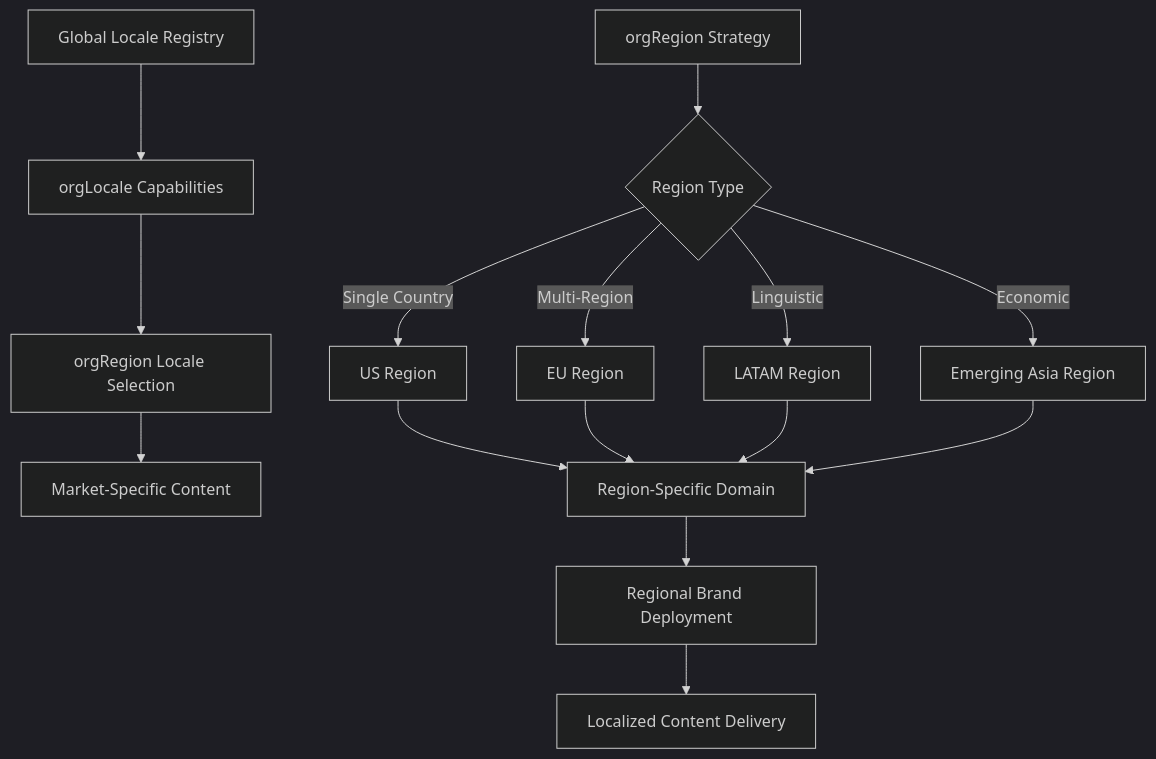
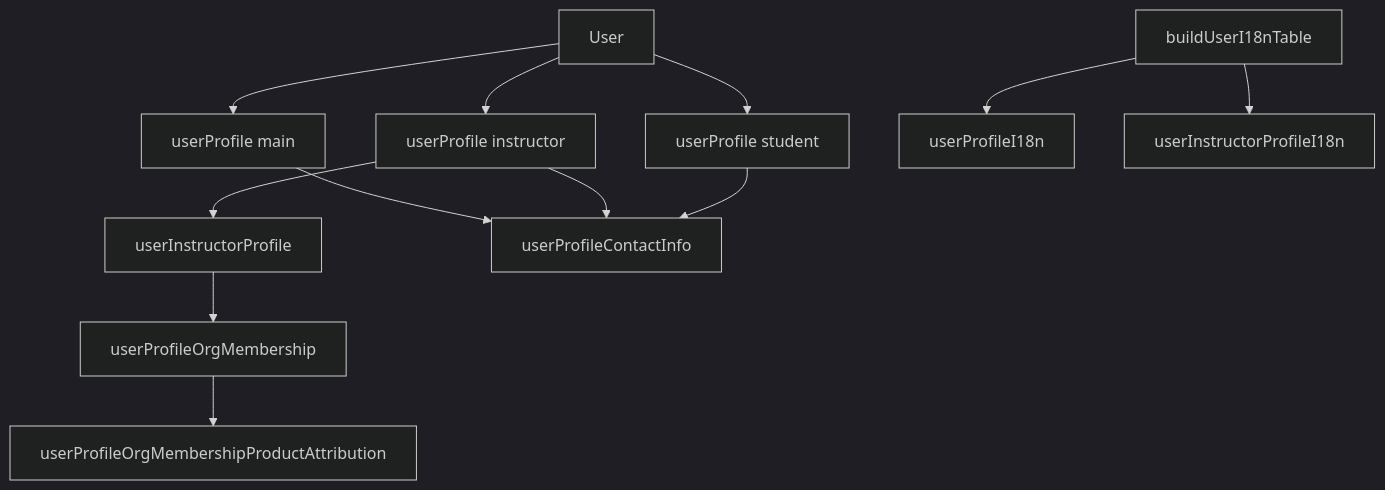
One commit to DreamEcho100/maze changed the third of 6 diagrams in apps/volmify/src/server/libs/db/schema/README.md. Above: the diagram before and after it, drawn with Mermaid (dark theme). The commit also changed other lines of this file and 3 other files, not shown here.

First line of the commit message:
Refactor order relations and schema definitions

````diff
--- a/apps/volmify/src/server/libs/db/schema/README.md
+++ b/apps/volmify/src/server/libs/db/schema/README.md
@@ -226,20 +245,17 @@
 ```mermaid
 graph TD
-    A[Global Locale Registry] --> B[orgLocale Capabilities]
-    B --> C[orgRegion Locale Selection]
-    C --> D[Market-Specific Content]
+    A[User] --> B[userProfile main]
+    A --> C[userProfile instructor] 
+    A --> D[userProfile student]
     
-    E[orgRegion Strategy] --> F{Region Type}
-    F -->|Single Country| G[US Region]
-    F -->|Multi-Region| H[EU Region]
-    F -->|Linguistic| I[LATAM Region]
-    F -->|Economic| J[Emerging Asia Region]
+    C --> E[userInstructorProfile]
+    E --> F[userProfileOrgMembership]
+    F --> G[userProfileOrgMembershipProductAttribution]
     
-    G --> K[Region-Specific Domain]
-    H --> K
-    I --> K
-    J --> K
+    B --> H[userProfileContactInfo]
+    C --> H
+    D --> H
     
-    K --> L[Regional Brand Deployment]
-    L --> M[Localized Content Delivery]
+    I[buildUserI18nTable] --> J[userProfileI18n]
+    I --> K[userInstructorProfileI18n]
 ```
````
